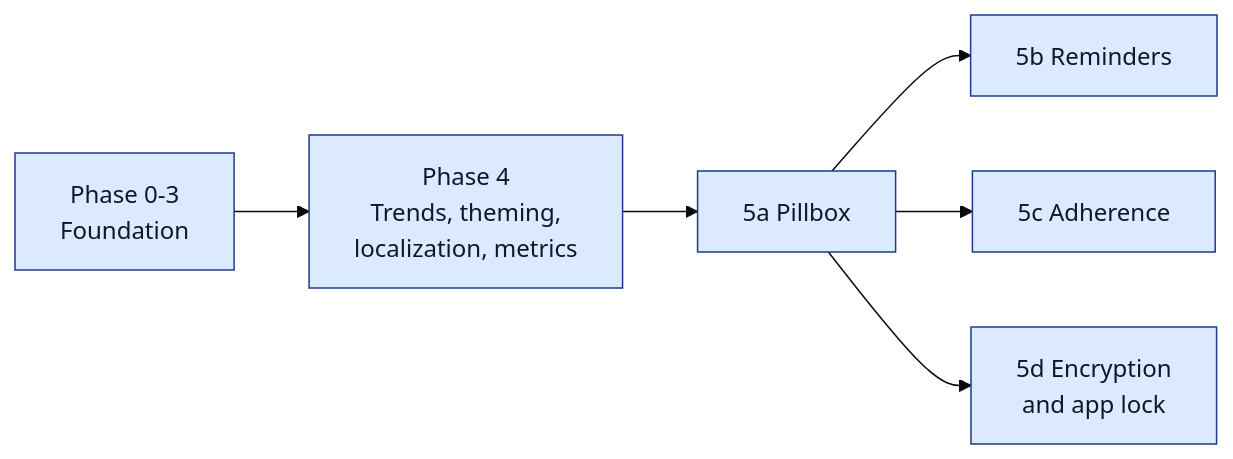
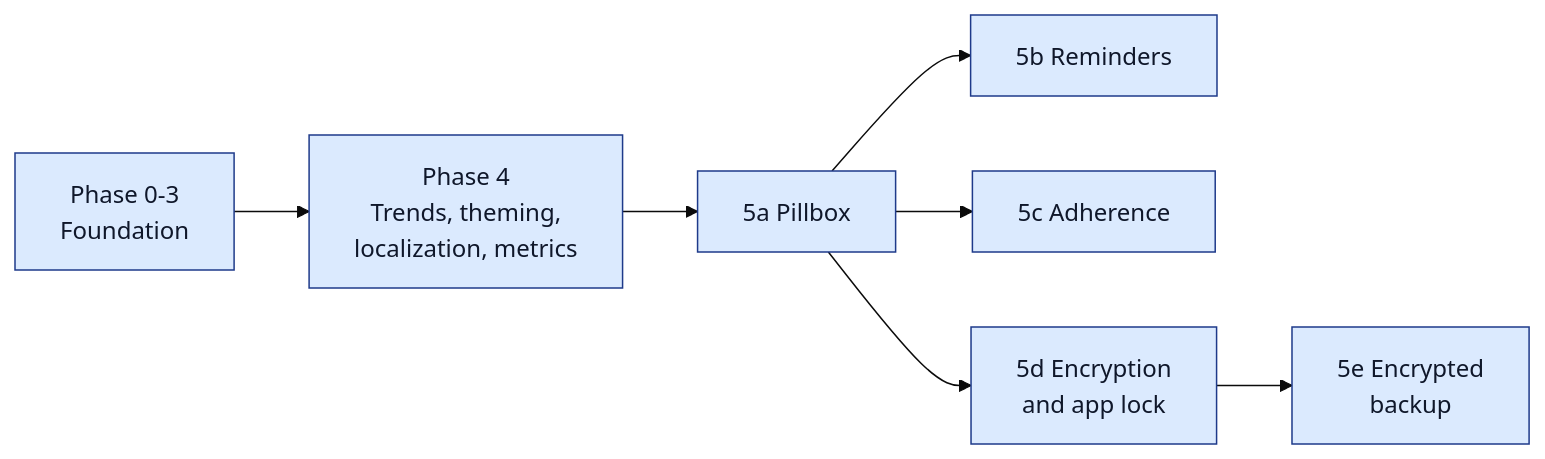
The second of 2 diagrams in README.md (mannetje/health_journal), drawn with Mermaid (base theme) before and after one commit. The commit also changed other lines of this file and 16 other files, not shown here.

Commit message:
docs: backup shipped; README, roadmap, CHANGELOG, dev docs updated, specs merged and the change archived

````diff
--- a/README.md
+++ b/README.md
@@ -276,9 +279,10 @@
 ```mermaid
 flowchart LR
     P0["Phase 0-3<br/>Foundation"]:::done --> P4["Phase 4<br/>Trends, theming,<br/>localization, metrics"]:::done
     P4 --> P5A["5a Pillbox"]:::done
     P5A --> P5B["5b Reminders"]:::done
     P5A --> P5C["5c Adherence"]:::done
     P5A --> P5D["5d Encryption<br/>and app lock"]:::done
+    P5D --> P5E["5e Encrypted<br/>backup"]:::done
     classDef done fill:#dbeafe,stroke:#1e3a8a,color:#0f172a
 ```
````
